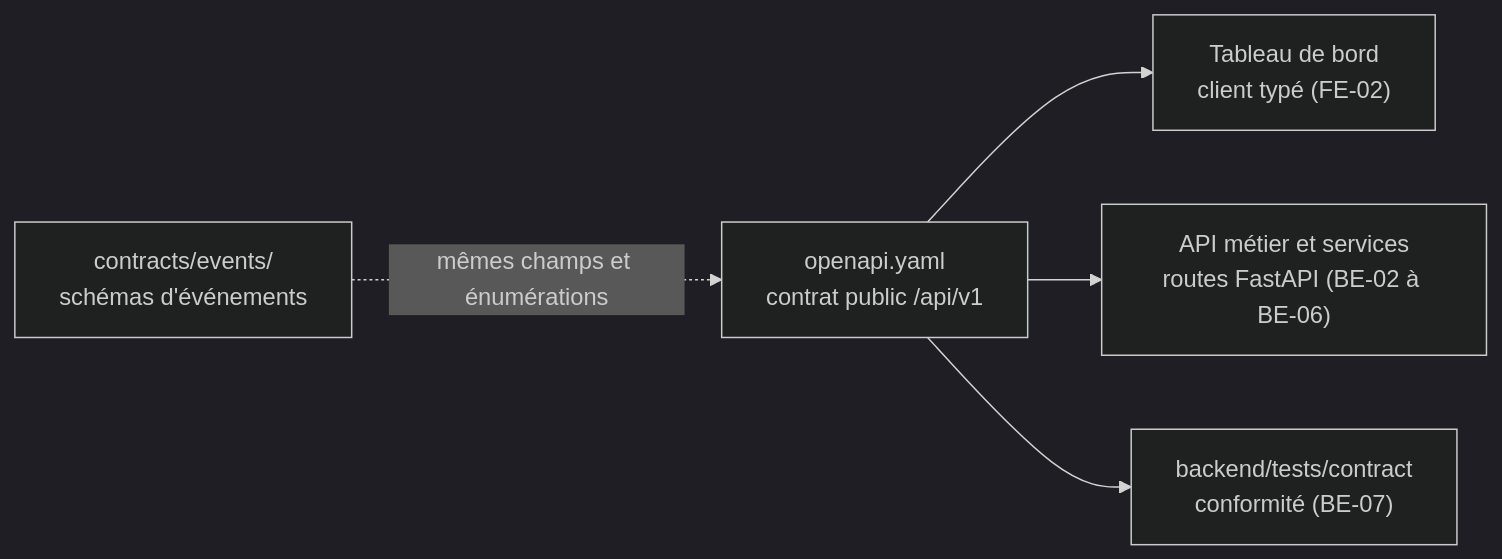
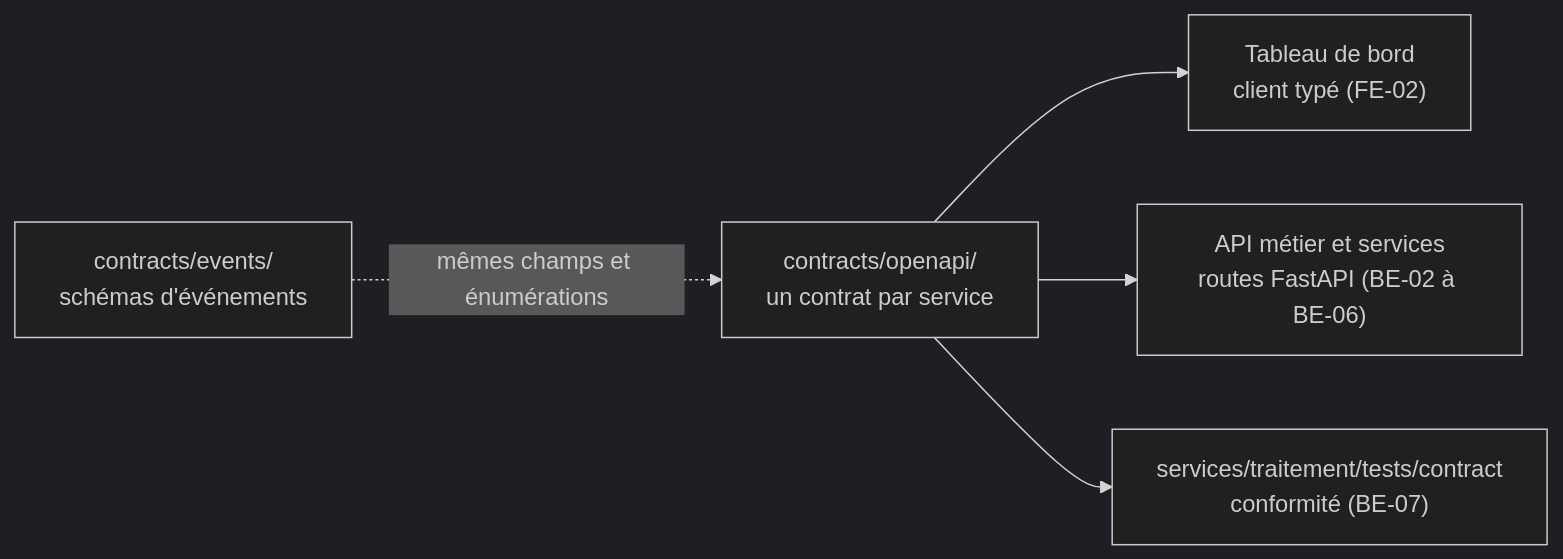
One commit to RobelManoa/novaria-core changed the third of 3 diagrams in docs/02-specifications/README.md. Above: the diagram before and after it, drawn with Mermaid (dark theme). The commit also changed other lines of this file and 232 other files, not shown here.

````diff
--- a/docs/02-specifications/README.md
+++ b/docs/02-specifications/README.md
@@ -26,7 +42,7 @@
 ```mermaid
 flowchart LR
-    OA["openapi.yaml<br/>contrat public /api/v1"] --> FE["Tableau de bord<br/>client typé (FE-02)"]
+    OA["contracts/openapi/<br/>un contrat par service"] --> FE["Tableau de bord<br/>client typé (FE-02)"]
     OA --> API["API métier et services<br/>routes FastAPI (BE-02 à BE-06)"]
-    OA --> CT["backend/tests/contract<br/>conformité (BE-07)"]
+    OA --> CT["services/traitement/tests/contract<br/>conformité (BE-07)"]
     EV["contracts/events/<br/>schémas d'événements"] -. mêmes champs et énumérations .-> OA
 ```
````
